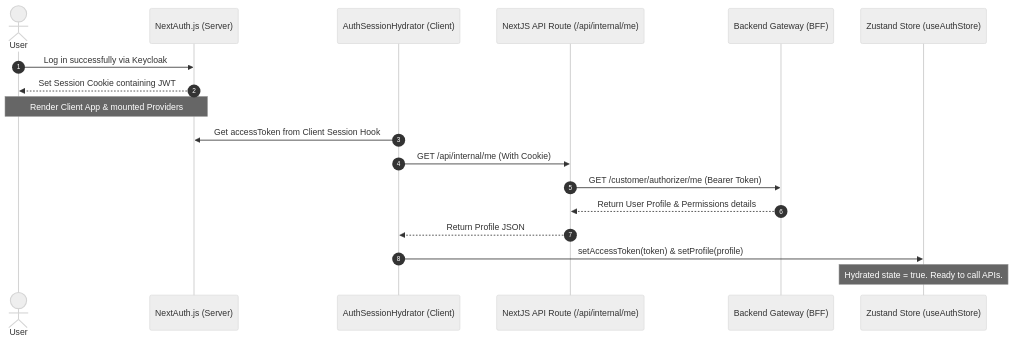
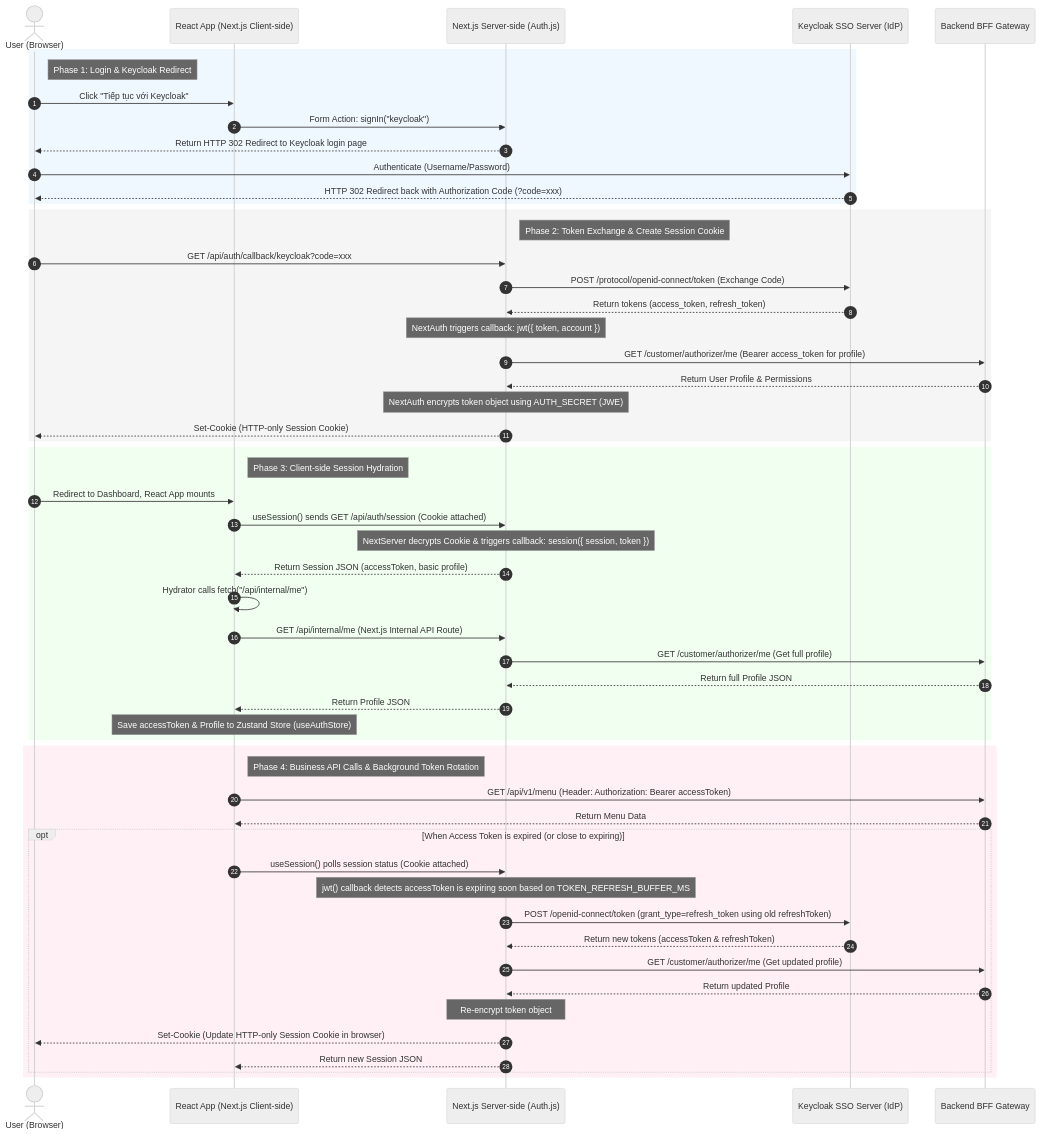
One commit to quan-vo-dinh/saas-pos-microservices-qrtable changed the diagram in apps/management-app/README.md. Above: the diagram before and after it, drawn with Mermaid (neutral theme). The commit also changed other lines of this file and 1 other file, not shown here.

Commit message:
docs: update architecture overview and document authentication flow in README while adding Vietnamese version

````diff
--- a/apps/management-app/README.md
+++ b/apps/management-app/README.md
@@ -157,21 +191,68 @@
 ```mermaid
 sequenceDiagram
     autonumber
-    actor User as User
-    participant NextAuth as NextAuth.js (Server)
-    participant Hydrator as AuthSessionHydrator (Client)
-    participant APIProxy as NextJS API Route (/api/internal/me)
-    participant BFF as Backend Gateway (BFF)
-    participant Zustand as Zustand Store (useAuthStore)
+    actor User as User (Browser)
+    participant Client as React App (Next.js Client-side)
+    participant NextServer as Next.js Server-side (Auth.js)
+    participant Keycloak as Keycloak SSO Server (IdP)
+    participant BFF as Backend BFF Gateway
 
-    User->>NextAuth: Log in successfully via Keycloak
-    NextAuth-->>User: Set Session Cookie containing JWT
-    Note over User, NextAuth: Render Client App & mounted Providers
-    Hydrator->>NextAuth: Get accessToken from Client Session Hook
-    Hydrator->>APIProxy: GET /api/internal/me (With Cookie)
-    APIProxy->>BFF: GET /customer/authorizer/me (Bearer Token)
-    BFF-->>APIProxy: Return User Profile & Permissions details
-    APIProxy-->>Hydrator: Return Profile JSON
-    Hydrator->>Zustand: setAccessToken(token) & setProfile(profile)
-    Note over Zustand: Hydrated state = true. Ready to call APIs.
+    %% Phase 1: Login & Redirect
+    rect rgb(240, 248, 255)
+        note right of User: Phase 1: Login & Keycloak Redirect
+        User->>Client: Click "Tiếp tục với Keycloak"
+        Client->>NextServer: Form Action: signIn("keycloak")
+        NextServer-->>User: Return HTTP 302 Redirect to Keycloak login page
+        User->>Keycloak: Authenticate (Username/Password)
+        Keycloak-->>User: HTTP 302 Redirect back with Authorization Code (?code=xxx)
+    end
+
+    %% Phase 2: Exchange Code & Create Session Cookie
+    rect rgb(245, 245, 245)
+        note right of NextServer: Phase 2: Token Exchange & Create Session Cookie
+        User->>NextServer: GET /api/auth/callback/keycloak?code=xxx
+        NextServer->>Keycloak: POST /protocol/openid-connect/token (Exchange Code)
+        Keycloak-->>NextServer: Return tokens (access_token, refresh_token)
+
+        note over NextServer: NextAuth triggers callback: jwt({ token, account })
+        NextServer->>BFF: GET /customer/authorizer/me (Bearer access_token for profile)
+        BFF-->>NextServer: Return User Profile & Permissions
+        note over NextServer: NextAuth encrypts token object using AUTH_SECRET (JWE)
+        NextServer-->>User: Set-Cookie (HTTP-only Session Cookie)
+    end
+
+    %% Phase 3: Sync Session to Client (Hydration)
+    rect rgb(240, 255, 240)
+        note right of Client: Phase 3: Client-side Session Hydration
+        User->>Client: Redirect to Dashboard, React App mounts
+        Client->>NextServer: useSession() sends GET /api/auth/session (Cookie attached)
+        note over NextServer: NextServer decrypts Cookie & triggers callback: session({ session, token })
+        NextServer-->>Client: Return Session JSON (accessToken, basic profile)
+
+        Client->>Client: Hydrator calls fetch("/api/internal/me")
+        Client->>NextServer: GET /api/internal/me (Next.js Internal API Route)
+        NextServer->>BFF: GET /customer/authorizer/me (Get full profile)
+        BFF-->>NextServer: Return full Profile JSON
+        NextServer-->>Client: Return Profile JSON
+        note over Client: Save accessToken & Profile to Zustand Store (useAuthStore)
+    end
+
+    %% Phase 4: API Calls & Background Token Rotation
+    rect rgb(255, 240, 245)
+        note right of Client: Phase 4: Business API Calls & Background Token Rotation
+        Client->>BFF: GET /api/v1/menu (Header: Authorization: Bearer accessToken)
+        BFF-->>Client: Return Menu Data
+
+        opt When Access Token is expired (or close to expiring)
+            Client->>NextServer: useSession() polls session status (Cookie attached)
+            note over NextServer: jwt() callback detects accessToken is expiring soon based on TOKEN_REFRESH_BUFFER_MS
+            NextServer->>Keycloak: POST /openid-connect/token (grant_type=refresh_token using old refreshToken)
+            Keycloak-->>NextServer: Return new tokens (accessToken & refreshToken)
+            NextServer->>BFF: GET /customer/authorizer/me (Get updated profile)
+            BFF-->>NextServer: Return updated Profile
+            note over NextServer: Re-encrypt token object
+            NextServer-->>User: Set-Cookie (Update HTTP-only Session Cookie in browser)
+            NextServer-->>Client: Return new Session JSON
+        end
+    end
 ```
````
